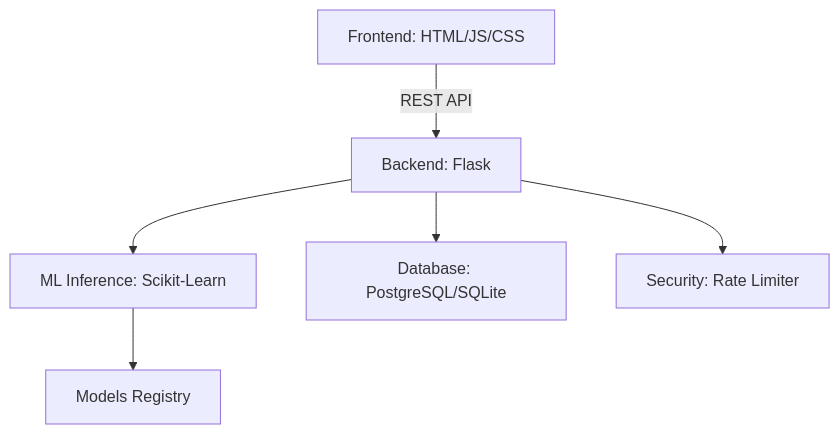
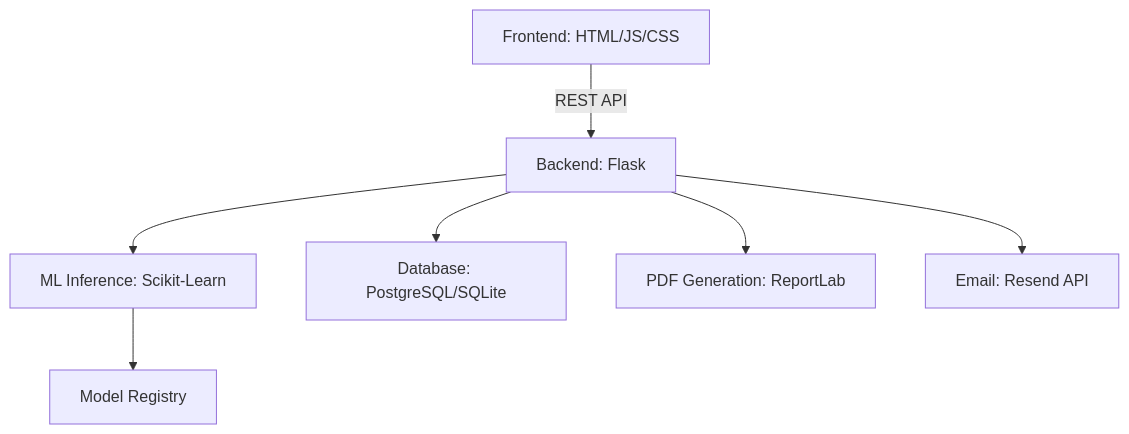
One commit to heisqueenson9/SmartHealth changed the diagram in README.md. Above: the diagram before and after it, drawn with Mermaid. The commit also changed other lines of this file and 18 other files, not shown here.

````diff
--- a/README.md
+++ b/README.md
@@ -17,8 +16,9 @@
 ```mermaid
 graph TD
     A[Frontend: HTML/JS/CSS] -->|REST API| B[Backend: Flask]
     B --> C[ML Inference: Scikit-Learn]
     B --> D[Database: PostgreSQL/SQLite]
-    B --> E[Security: Rate Limiter]
-    C --> F[Models Registry]
+    B --> E[PDF Generation: ReportLab]
+    B --> F[Email: Resend API]
+    C --> G[Model Registry]
 ```
````
